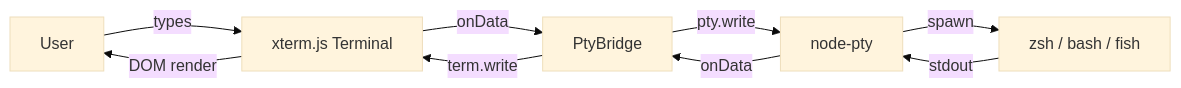
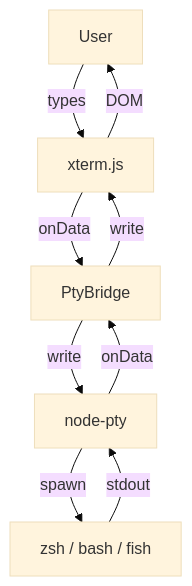
One commit to unltd/minimalist-terminal changed the diagram in README.md. Above: the diagram before and after it, drawn with Mermaid (base theme). The commit also changed other lines of this file and 13 other files, not shown here.

````diff
--- a/README.md
+++ b/README.md
@@ -86,11 +87,11 @@
 ```mermaid
-graph LR
-    A[User] -->|types| B[xterm.js Terminal]
+graph TD
+    A[User] -->|types| B[xterm.js]
     B -->|onData| C[PtyBridge]
-    C -->|pty.write| D[node-pty]
+    C -->|write| D[node-pty]
     D -->|spawn| E[zsh / bash / fish]
     E -->|stdout| D
     D -->|onData| C
-    C -->|term.write| B
-    B -->|DOM render| A
+    C -->|write| B
+    B -->|DOM| A
 ```
````
